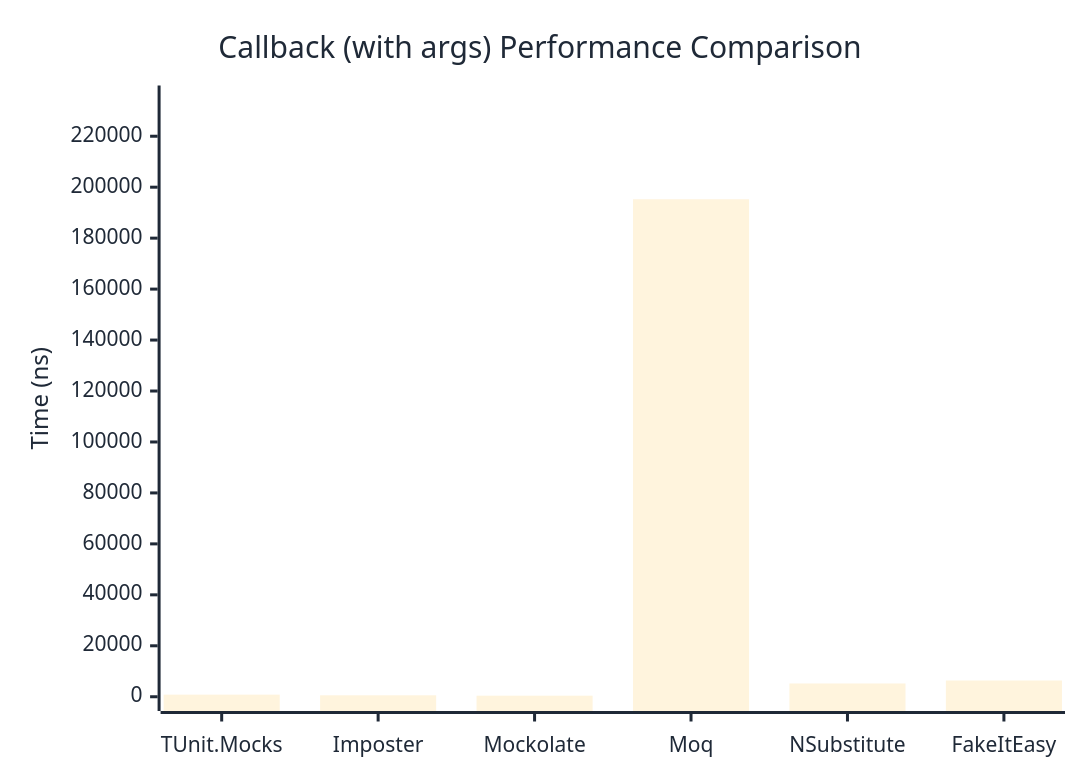
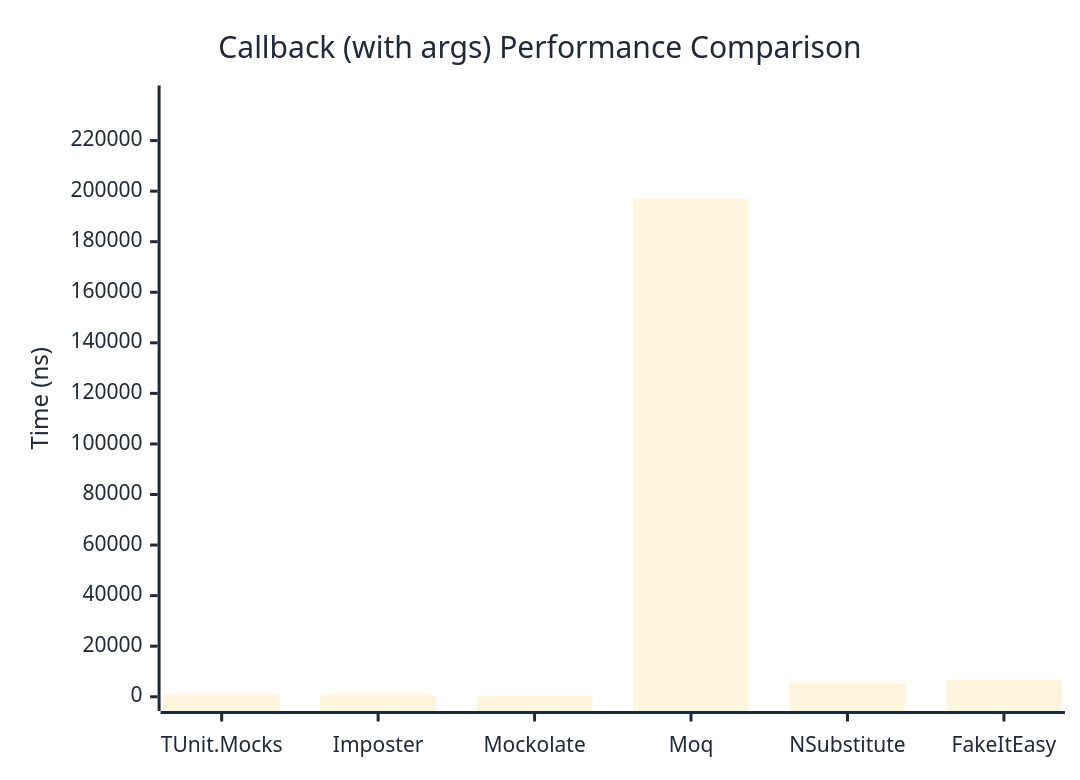
One commit to thomhurst/TUnit changed the second of 2 diagrams in docs/docs/benchmarks/mocks/Callback.md. Above: the diagram before and after it, drawn with Mermaid. The commit also changed other lines of this file and 14 other files, not shown here.

````diff
--- a/docs/docs/benchmarks/mocks/Callback.md
+++ b/docs/docs/benchmarks/mocks/Callback.md
@@ -71,27 +71,27 @@
 ```mermaid
 %%{init: {
   'theme':'base',
   'themeVariables': {
     'primaryColor': '#2563eb',
     'primaryTextColor': '#1f2937',
     'primaryBorderColor': '#1e40af',
     'lineColor': '#6b7280',
     'secondaryColor': '#7c3aed',
     'tertiaryColor': '#dc2626',
     'background': '#ffffff',
     'pie1': '#2563eb',
     'pie2': '#7c3aed',
     'pie3': '#dc2626',
     'pie4': '#f59e0b',
     'pie5': '#10b981',
     'pie6': '#06b6d4',
     'pie7': '#ec4899',
     'pie8': '#6366f1'
   }
 }}%%
 xychart-beta
   title "Callback (with args) Performance Comparison"
   x-axis ["TUnit.Mocks", "Imposter", "Mockolate", "Moq", "NSubstitute", "FakeItEasy"]
-  y-axis "Time (ns)" 0 --> 234321
-  bar [828.3, 568.6, 419.2, 195267.5, 5207.3, 6372]
+  y-axis "Time (ns)" 0 --> 236150
+  bar [852, 556.2, 420.5, 196791.3, 5384.9, 6716.2]
 ```
````
